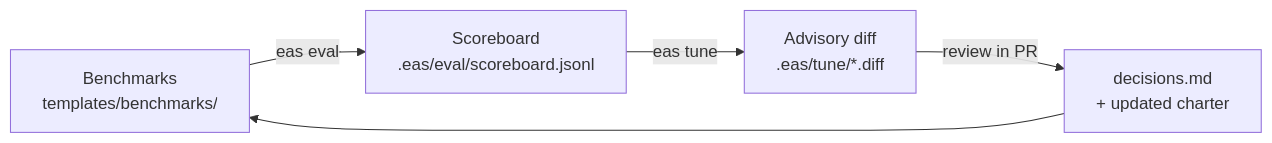
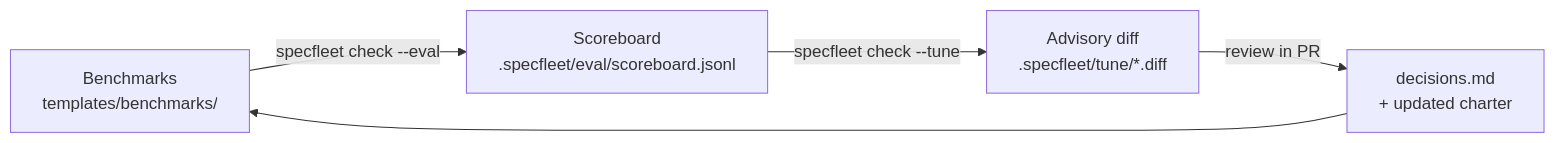
The diagram in docs/harness-management.md (pakbaz/spec-fleet), drawn with Mermaid before and after one commit. The commit also changed other lines of this file and 1664 other files, not shown here.

````diff
--- a/docs/harness-management.md
+++ b/docs/harness-management.md
@@ -21,7 +21,7 @@
 ```mermaid
 flowchart LR
-    A[Benchmarks<br/>templates/benchmarks/] -->|eas eval| B[Scoreboard<br/>.eas/eval/scoreboard.jsonl]
-    B -->|eas tune| C[Advisory diff<br/>.eas/tune/*.diff]
+    A[Benchmarks<br/>templates/benchmarks/] -->|specfleet check --eval| B[Scoreboard<br/>.specfleet/eval/scoreboard.jsonl]
+    B -->|specfleet check --tune| C[Advisory diff<br/>.specfleet/tune/*.diff]
     C -->|review in PR| D[decisions.md<br/>+ updated charter]
     D --> A
 ```
````
